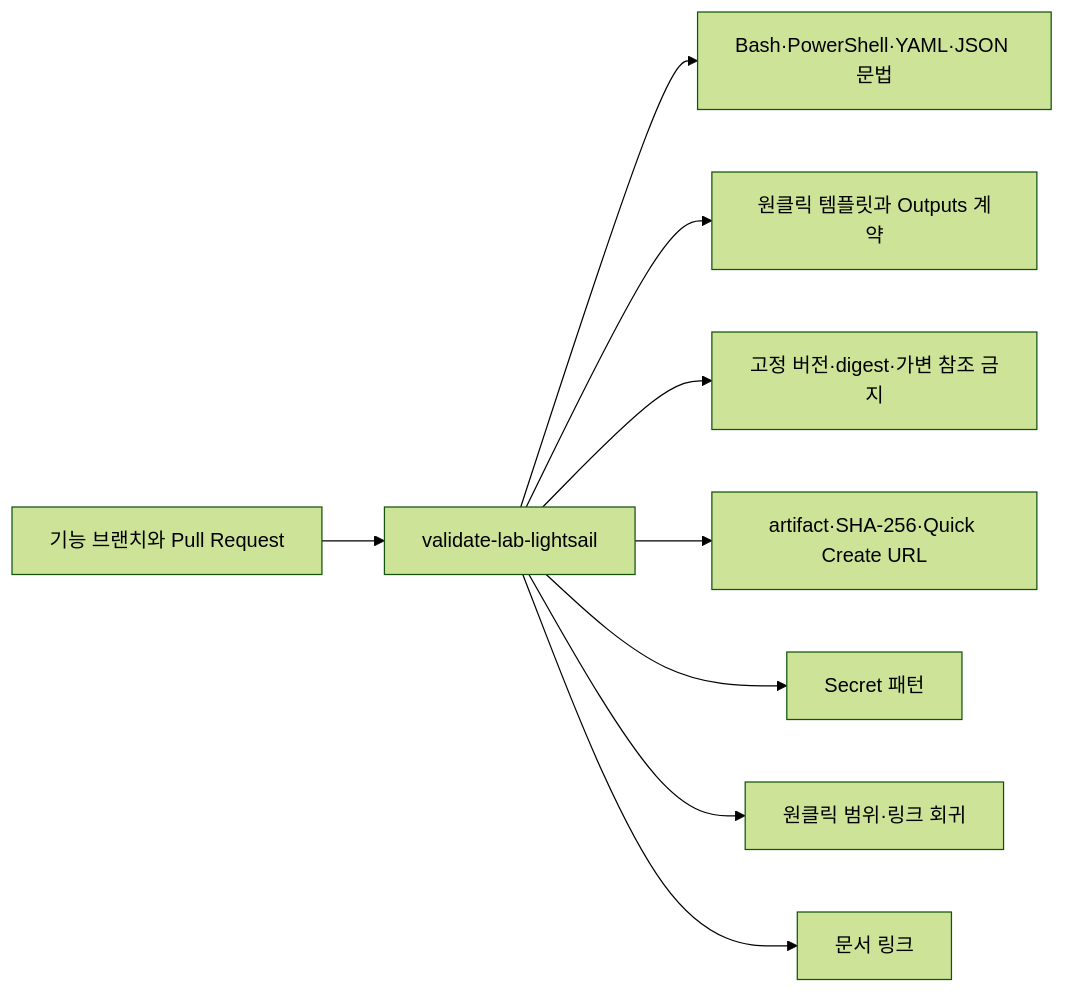
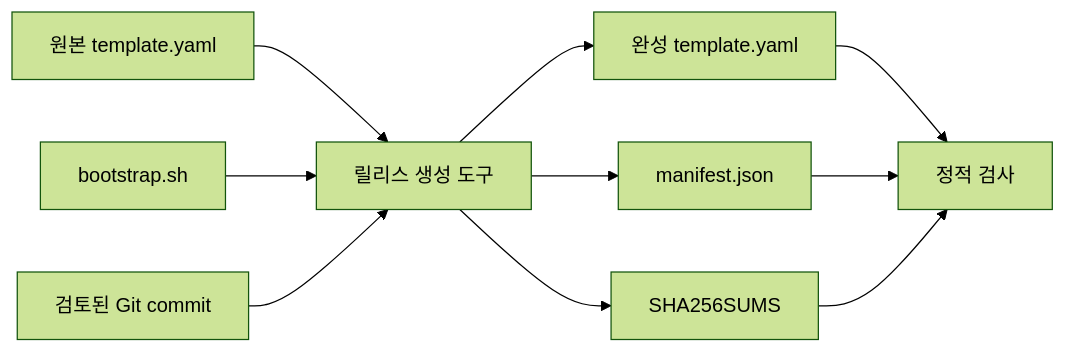
Before and after one commit to jusubkim94/qfieldcloud-self-hosting-for-arboreta: the second of 3 diagrams in docs/diagrams/lab-lightsail-script-structure.md, drawn with Mermaid (forest theme). The commit also changed other lines of this file and 19 other files, not shown here.

````diff
--- a/docs/diagrams/lab-lightsail-script-structure.md
+++ b/docs/diagrams/lab-lightsail-script-structure.md
@@ -107,11 +17,12 @@
 ```mermaid
 flowchart LR
-    PR[기능 브랜치와 Pull Request] --> CI[validate-lab-lightsail]
-    CI --> Syntax[Bash·PowerShell·YAML·JSON 문법]
-    CI --> Contract[원클릭 템플릿과 Outputs 계약]
-    CI --> Pins[고정 버전·digest·가변 참조 금지]
-    CI --> Artifact[artifact·SHA-256·Quick Create URL]
-    CI --> Secrets[Secret 패턴]
-    CI --> Scope[원클릭 범위·링크 회귀]
-    CI --> Links[문서 링크]
+    Source[원본 template.yaml] --> Builder[릴리스 생성 도구]
+    Bootstrap[bootstrap.sh] --> Builder
+    Revision[검토된 Git commit] --> Builder
+    Builder --> Template[완성 template.yaml]
+    Builder --> Manifest[manifest.json]
+    Builder --> Checksums[SHA256SUMS]
+    Template --> CI[정적 검사]
+    Manifest --> CI
+    Checksums --> CI
 ```
````
